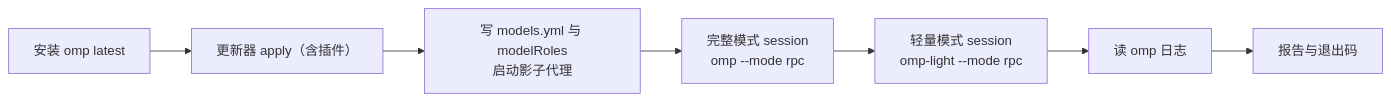
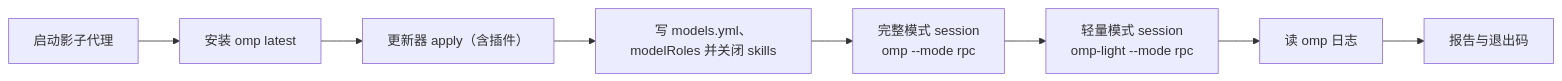
One commit to oh-my-omp/omp-config changed the first of 2 diagrams in ci/README.zh-CN.md. Above: the diagram before and after it, drawn with Mermaid. The commit also changed other lines of this file and 1 other file, not shown here.

````diff
--- a/ci/README.zh-CN.md
+++ b/ci/README.zh-CN.md
@@ -50,9 +50,10 @@
 ```mermaid
 flowchart LR
-  install["安装 omp latest"] --> apply["更新器 apply（含插件）"]
-  apply --> models["写 models.yml 与 modelRoles<br/>启动影子代理"]
+  proxy["启动影子代理"] --> install["安装 omp latest"]
+  install --> apply["更新器 apply（含插件）"]
+  apply --> models["写 models.yml、modelRoles 并关闭 skills"]
   models --> full["完整模式 session<br/>omp --mode rpc"]
   full --> light["轻量模式 session<br/>omp-light --mode rpc"]
   light --> logs["读 omp 日志"]
   logs --> report["报告与退出码"]
 ```
````
